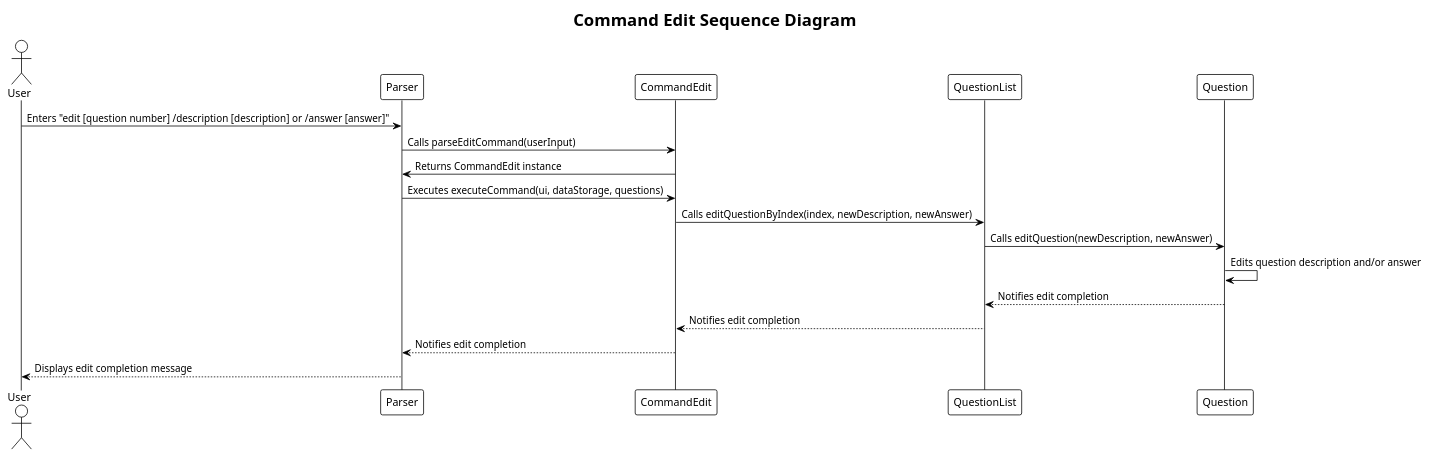
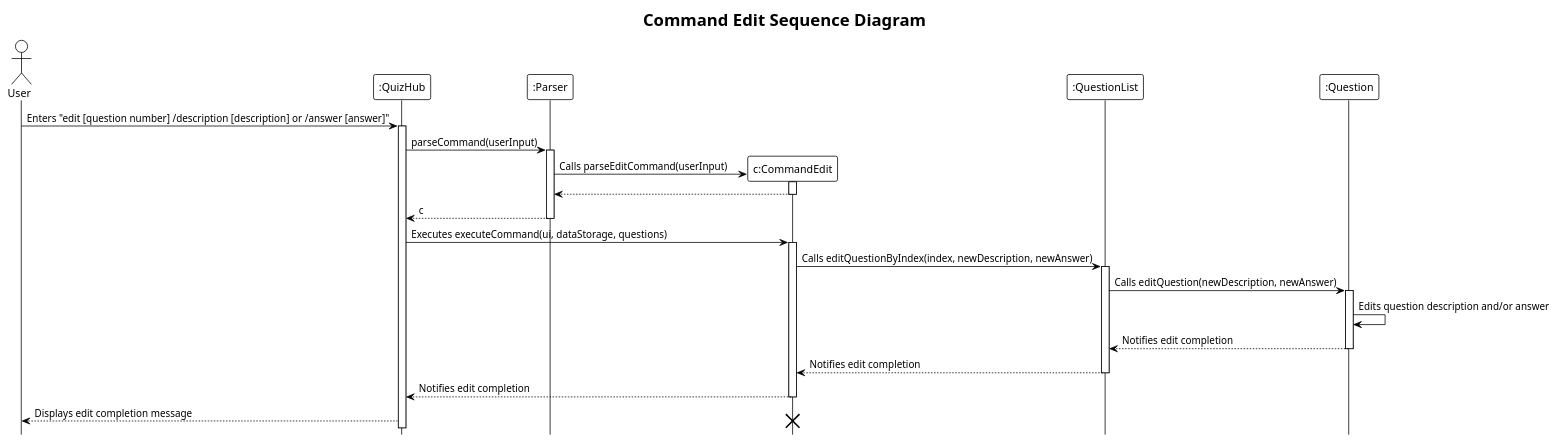
The diagram in docs/UML/Commands/commandEdit.puml (nus-cs2113-AY2324S1/tp), drawn with PlantUML before and after one commit. The commit also changed 16 other files, not shown here.

Commit message:
Add DG diagrams

```diff
--- a/docs/UML/Commands/commandEdit.puml
+++ b/docs/UML/Commands/commandEdit.puml
@@ -1,23 +1,41 @@
 @startuml
 !theme plain
+hide footbox
 title Command Edit Sequence Diagram
 
 actor User
-participant Parser
-participant CommandEdit
-participant QuestionList
-participant Question
+participant QuizHub as ":QuizHub"
+participant Parser as ":Parser"
+participant CommandEdit as "c:CommandEdit"
+participant QuestionList as ":QuestionList"
+participant Question as ":Question"
 
-User -> Parser: Enters "edit [question number] /description [description] or /answer [answer]"
+User -> QuizHub: Enters "edit [question number] /description [description] or /answer [answer]"
+activate QuizHub
+QuizHub -> Parser : parseCommand(userInput)
+activate Parser
+create CommandEdit
 Parser -> CommandEdit: Calls parseEditCommand(userInput)
-CommandEdit -> Parser: Returns CommandEdit instance
-Parser -> CommandEdit: Executes executeCommand(ui, dataStorage, questions)
+
+activate CommandEdit
+CommandEdit --> Parser
+deactivate CommandEdit
+Parser --> QuizHub : c
+deactivate Parser
+QuizHub -> CommandEdit: Executes executeCommand(ui, dataStorage, questions)
+activate CommandEdit
 CommandEdit -> QuestionList: Calls editQuestionByIndex(index, newDescription, newAnswer)
+activate QuestionList
 QuestionList -> Question: Calls editQuestion(newDescription, newAnswer)
+activate Question
 Question -> Question: Edits question description and/or answer
 Question --> QuestionList: Notifies edit completion
+deactivate Question
 QuestionList --> CommandEdit: Notifies edit completion
-CommandEdit --> Parser: Notifies edit completion
-Parser --> User: Displays edit completion message
+deactivate QuestionList
+CommandEdit --> QuizHub: Notifies edit completion
+deactivate CommandEdit
+QuizHub --> User: Displays edit completion message
+destroy CommandEdit
 
 @enduml
```
